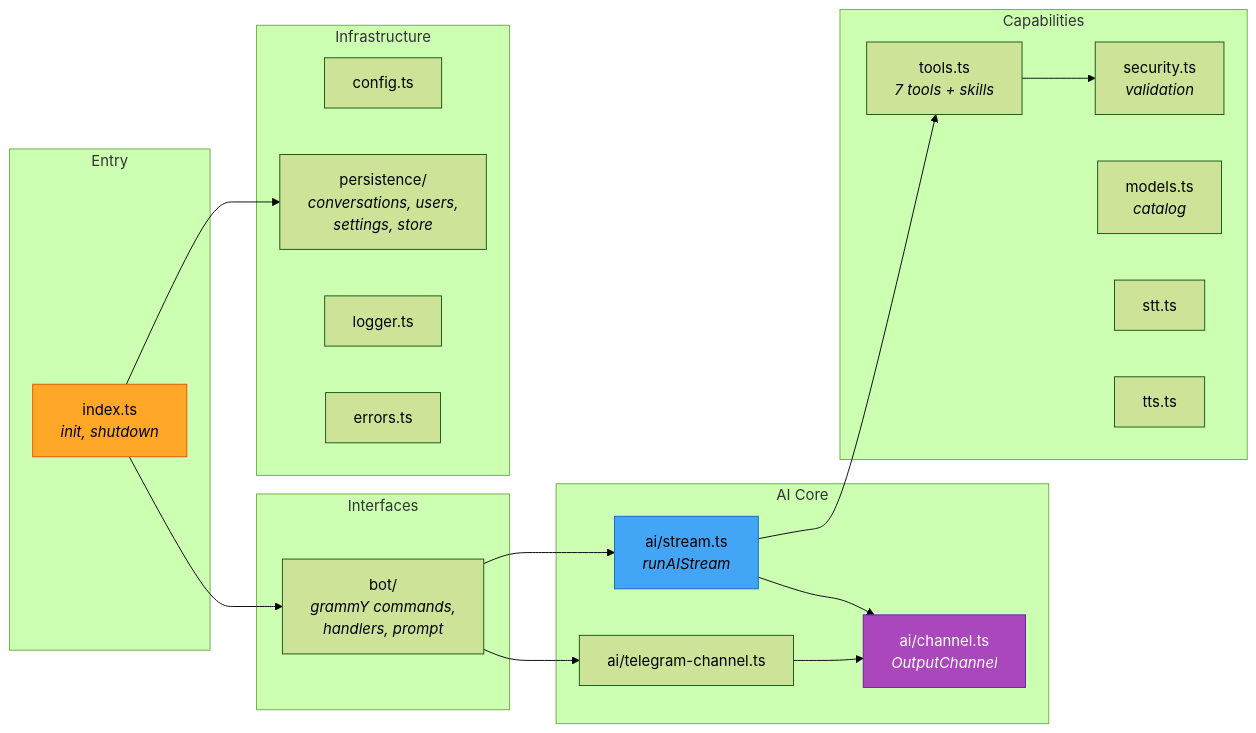
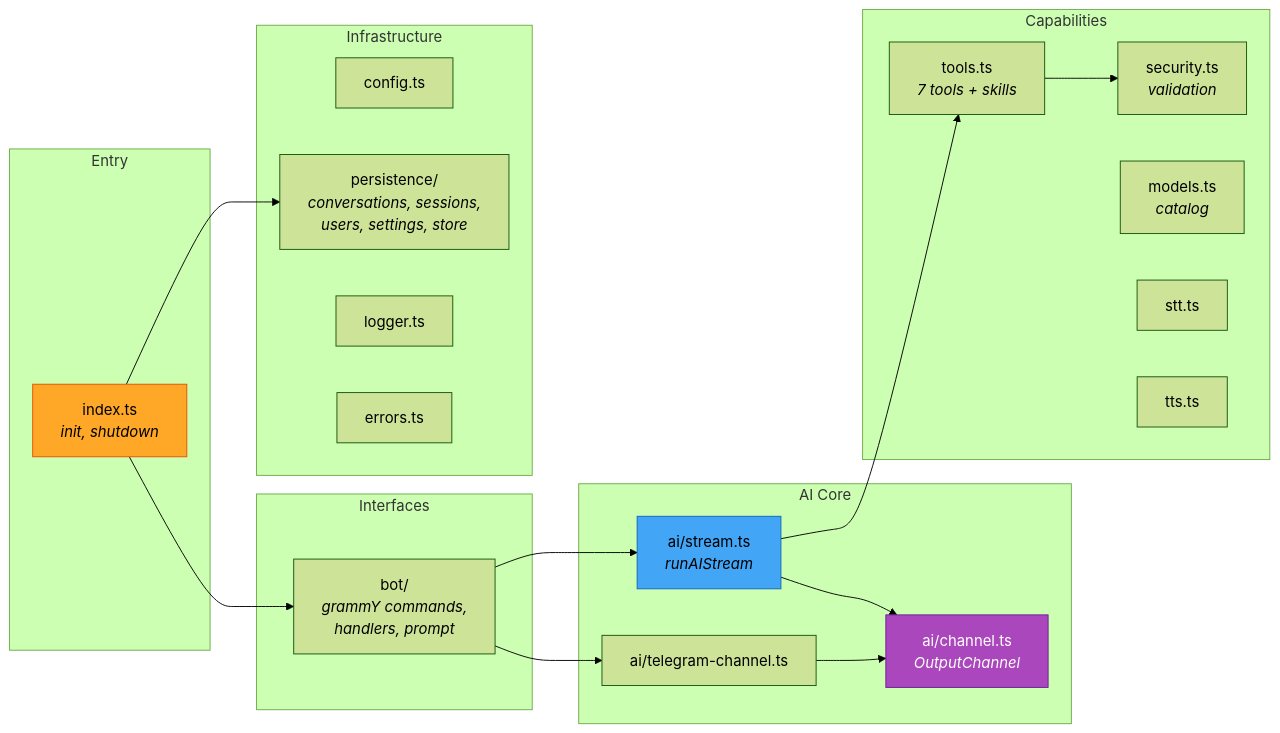
The second of 10 diagrams in ARCHITECTURE.md (muse-mesh/phoebe), drawn with Mermaid (forest theme) before and after one commit. The commit also changed other lines of this file and 1 other file, not shown here.

Commit message:
docs: update README and ARCHITECTURE for sessions, background commands, per-session skills

````diff
--- a/ARCHITECTURE.md
+++ b/ARCHITECTURE.md
@@ -85,44 +86,44 @@
 ```mermaid
 graph LR
     subgraph "Entry"
         INDEX["index.ts<br/><i>init, shutdown</i>"]
     end
 
     subgraph "Interfaces"
         BOT["bot/<br/><i>grammY commands,<br/>handlers, prompt</i>"]
     end
 
     subgraph "AI Core"
         STREAM["ai/stream.ts<br/><i>runAIStream</i>"]
         CHAN["ai/channel.ts<br/><i>OutputChannel</i>"]
         TC["ai/telegram-channel.ts"]
     end
 
     subgraph "Capabilities"
         TOOLS["tools.ts<br/><i>7 tools + skills</i>"]
         SECURITY["security.ts<br/><i>validation</i>"]
         MODELS["models.ts<br/><i>catalog</i>"]
         STT["stt.ts"]
         TTS["tts.ts"]
     end
 
     subgraph "Infrastructure"
         CONFIG["config.ts"]
-        PERSIST["persistence/<br/><i>conversations, users,<br/>settings, store</i>"]
+        PERSIST["persistence/<br/><i>conversations, sessions,<br/>users, settings, store</i>"]
         LOGGER["logger.ts"]
         ERRORS["errors.ts"]
     end
 
     INDEX --> BOT
     INDEX --> PERSIST
     BOT --> TC
     TC --> CHAN
     BOT --> STREAM
     STREAM --> TOOLS
     STREAM --> CHAN
     TOOLS --> SECURITY
 
     style STREAM fill:#42A5F5,stroke:#1565C0,color:#000
     style CHAN fill:#AB47BC,stroke:#6A1B9A,color:#fff
     style INDEX fill:#FFA726,stroke:#E65100,color:#000
 ```
````
